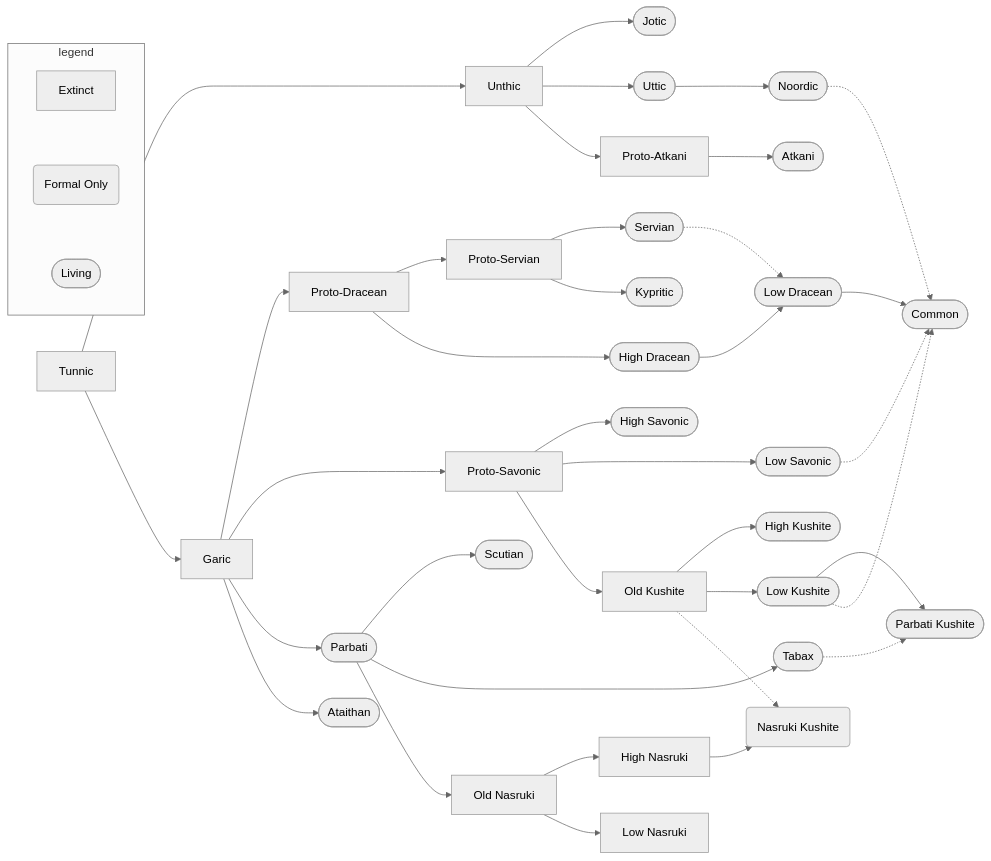
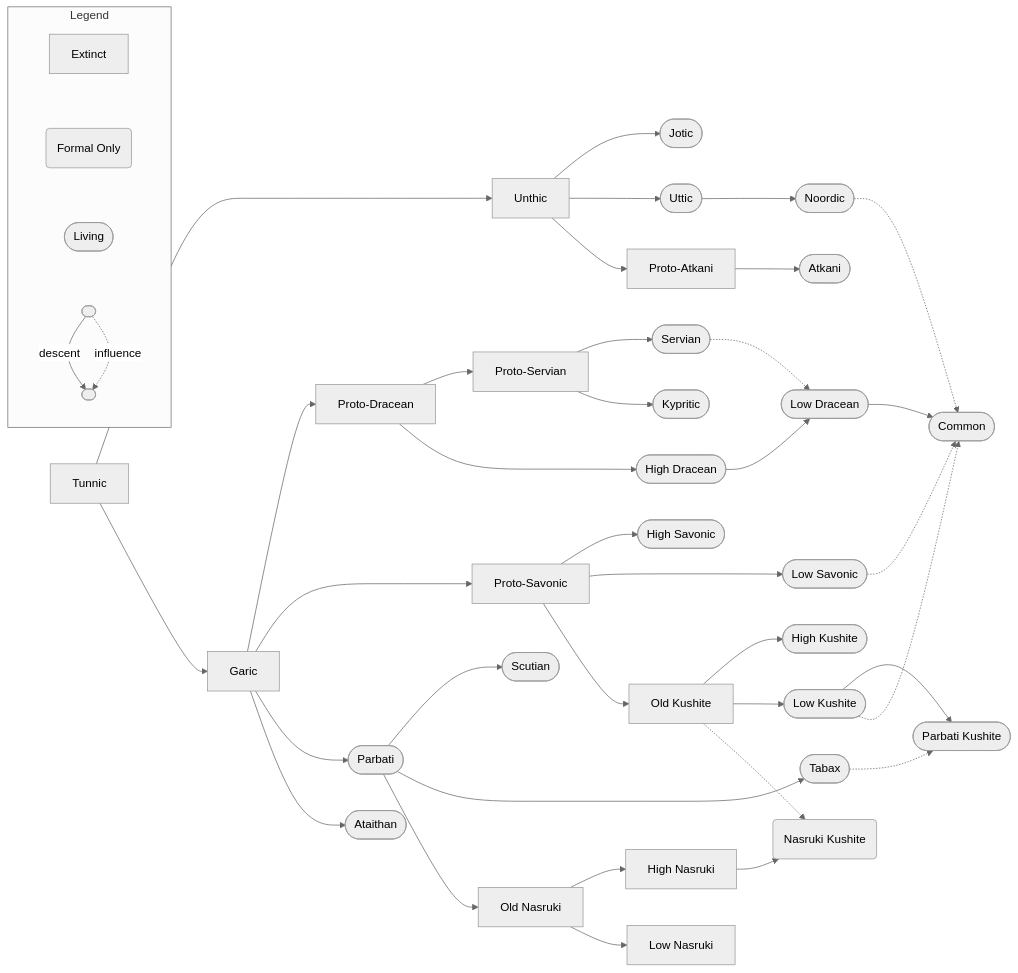
One commit to TEParsons/Iuncterra changed the diagram in source/lore/languages/index.md. Above: the diagram before and after it, drawn with Mermaid (neutral theme). The commit also changed other lines of this file, not shown here.

Commit message:
Add lines to legend

````diff
--- a/source/lore/languages/index.md
+++ b/source/lore/languages/index.md
@@ -84,12 +83,16 @@
 low-kushite -.-> common
 
 %% legend
-subgraph legend
+subgraph legend [Legend]
   extinct[Extinct]
   court(Formal Only)
   living([Living])
+  parent([ ])
+  child([ ])
 
-  extinct ~~~ court ~~~ living
+  extinct ~~~ court ~~~ living ~~~ parent
+  parent -->|descent| child
+  parent -.->|influence| child
 end
 
 ```
````
